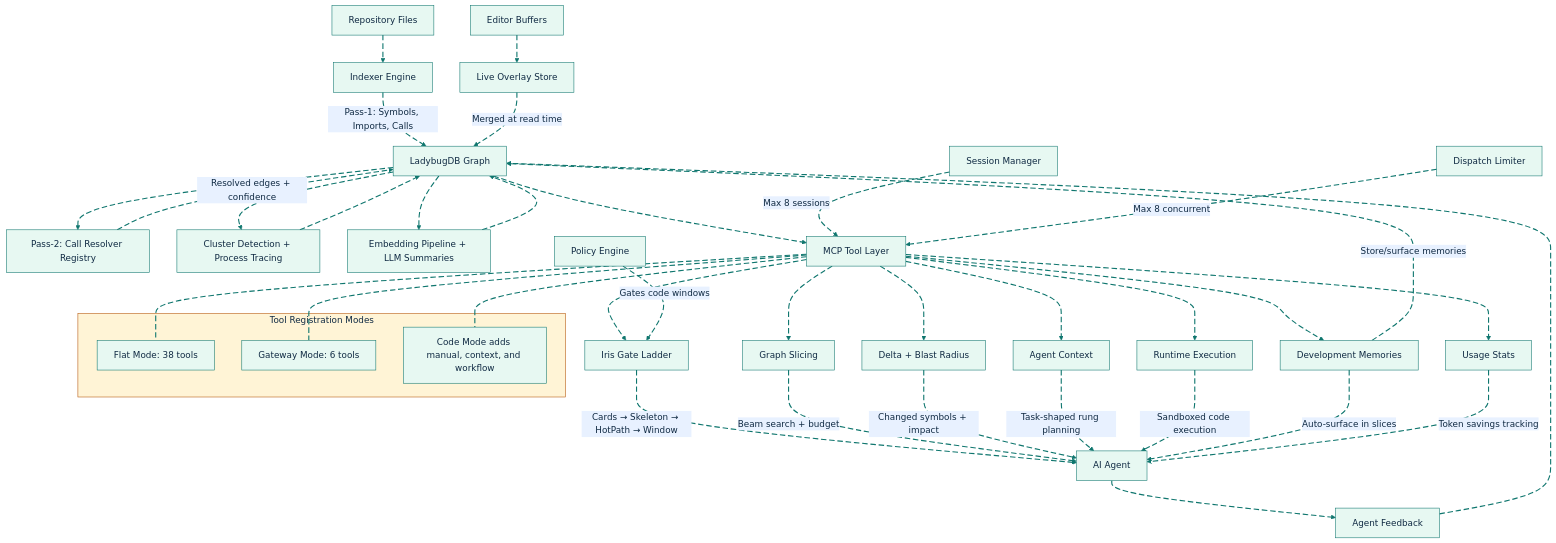
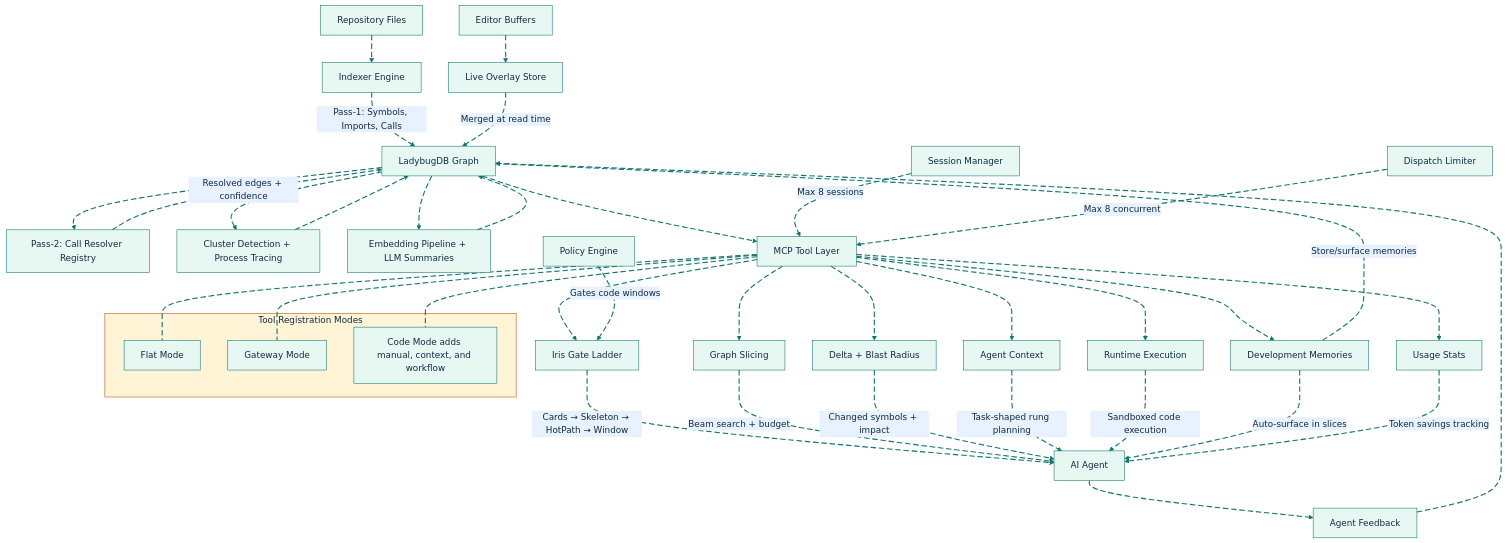
Before and after one commit to GlitterKill/sdl-mcp: diagram 14 of 14 in docs/architecture.md, drawn with Mermaid. The commit also changed other lines of this file and 9 other files, not shown here.

````diff
--- a/docs/architecture.md
+++ b/docs/architecture.md
@@ -717,67 +718,67 @@
 ```mermaid
 %%{init: {"theme":"base","themeVariables":{"background":"#ffffff","primaryColor":"#E7F8F2","primaryBorderColor":"#0F766E","primaryTextColor":"#102A43","secondaryColor":"#E8F1FF","secondaryBorderColor":"#2563EB","secondaryTextColor":"#102A43","tertiaryColor":"#FFF4D6","tertiaryBorderColor":"#B45309","tertiaryTextColor":"#102A43","lineColor":"#0F766E","textColor":"#102A43","fontFamily":"Inter, ui-sans-serif, system-ui, -apple-system, BlinkMacSystemFont, Segoe UI, sans-serif"},"flowchart":{"curve":"basis","htmlLabels":true}}}%%
 graph TD
     A[Repository Files] e1@--> B[Indexer Engine]
     B e2@--> |Pass-1: Symbols, Imports, Calls| C[LadybugDB Graph]
 
     E[Editor Buffers] e3@--> F[Live Overlay Store]
     F e4@-.-> |Merged at read time| C
 
     C e5@--> G[Pass-2: Call Resolver Registry]
     G e6@--> |Resolved edges + confidence| C
 
     C e7@--> H[Cluster Detection + Process Tracing]
     H e8@--> C
 
     C e9@--> I[Embedding Pipeline + LLM Summaries]
     I e10@--> C
 
     C e11@--> J[MCP Tool Layer]
 
     subgraph Tool Registration Modes
-        J1[Flat Mode: 38 tools]
-        J2[Gateway Mode: 6 tools]
+        J1[Flat Mode]
+        J2[Gateway Mode]
         J3[Code Mode adds manual, context, and workflow]
     end
     J e12@--- J1
     J e13@--- J2
     J e14@--- J3
 
     J e15@--> K[Iris Gate Ladder]
     K e16@--> |Cards → Skeleton → HotPath → Window| L[AI Agent]
 
     J e17@--> M[Graph Slicing]
     M e18@--> |Beam search + budget| L
 
     J e19@--> N[Delta + Blast Radius]
     N e20@--> |Changed symbols + impact| L
 
     J e21@--> O[Agent Context]
     O e22@--> |Task-shaped rung planning| L
 
     J e23@--> U[Runtime Execution]
     U e24@--> |Sandboxed code execution| L
 
     L e25@--> P[Agent Feedback]
     P e26@--> C
 
     J e27@--> T[Development Memories]
     T e28@--> |Store/surface memories| C
     T e29@--> |Auto-surface in slices| L
 
     J e30@--> V[Usage Stats]
     V e31@--> |Token savings tracking| L
 
     Q[Policy Engine] e32@-.-> |Gates code windows| K
     R[Session Manager] e33@-.-> |Max 8 sessions| J
     S[Dispatch Limiter] e34@-.-> |Max 8 concurrent| J
 
     classDef source fill:#E7F8F2,stroke:#0F766E,stroke-width:2px,color:#102A43;
     classDef process fill:#E8F1FF,stroke:#2563EB,stroke-width:2px,color:#102A43;
     classDef decision fill:#FFF4D6,stroke:#B45309,stroke-width:2px,color:#102A43;
     classDef storage fill:#F2E8FF,stroke:#7C3AED,stroke-width:2px,color:#102A43;
     classDef output fill:#FFE8EF,stroke:#BE123C,stroke-width:2px,color:#102A43;
     classDef muted fill:#F8FAFC,stroke:#64748B,stroke-width:1px,color:#102A43;
     classDef animate stroke:#0F766E,stroke-width:2px,stroke-dasharray:10\,5,stroke-dashoffset:900,animation:dash 22s linear infinite;
     class e1,e2,e3,e4,e5,e6,e7,e8,e9,e10,e11,e12,e13,e14,e15,e16,e17,e18,e19,e20,e21,e22,e23,e24,e25,e26,e27,e28,e29,e30,e31,e32,e33,e34 animate;
 ```
````
